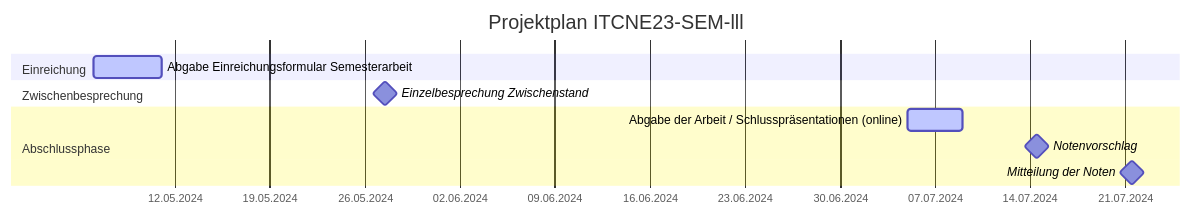
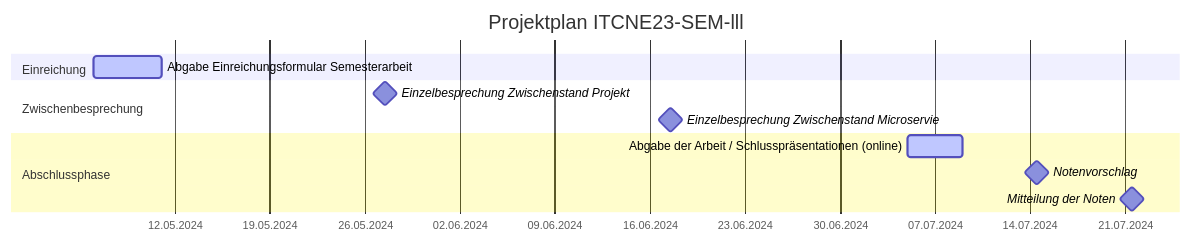
The diagram in docs/02_Plannung/zeitplan.md (danyambuehl/ITCNE23-SEM-Ill), drawn with Mermaid before and after one commit. The commit also changed 1 other file, not shown here.

Commit message:
zeitplan

````diff
--- a/docs/02_Plannung/zeitplan.md
+++ b/docs/02_Plannung/zeitplan.md
@@ -14,18 +14,19 @@
 ```mermaid
 gantt
     title Projektplan ITCNE23-SEM-lll
     dateFormat  DD.MM.YY
     axisFormat  %d.%m.%Y
 
     section Einreichung
     Abgabe Einreichungsformular Semesterarbeit: active,      submit,       06.05.24, 5d
 
     section Zwischenbesprechung
-    Einzelbesprechung Zwischenstand           : milestone,   meet,         27.05.24, 1d
+    Einzelbesprechung Zwischenstand Projekt           : milestone,   meet,         27.05.24, 1d
+    Einzelbesprechung Zwischenstand Microservie           : milestone,   meet,         17.06.24, 1d
 
     section Abschlussphase
     Abgabe der Arbeit / Schlusspräsentationen (online) : active, present,  05.07.24, 4d
     Notenvorschlag                              : milestone, grade_suggestion, 14.07.24, 1d
     Mitteilung der Noten                        : milestone, grades_announcement, 21.07.24, 1d
 
 ```
````
